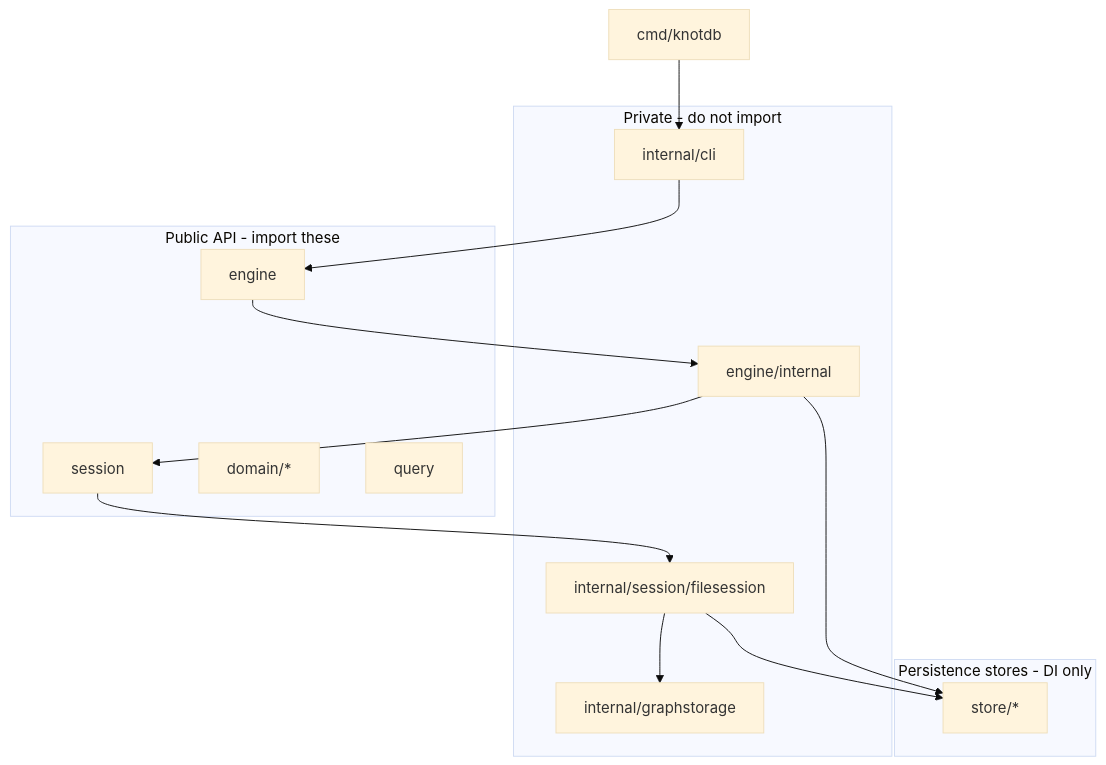
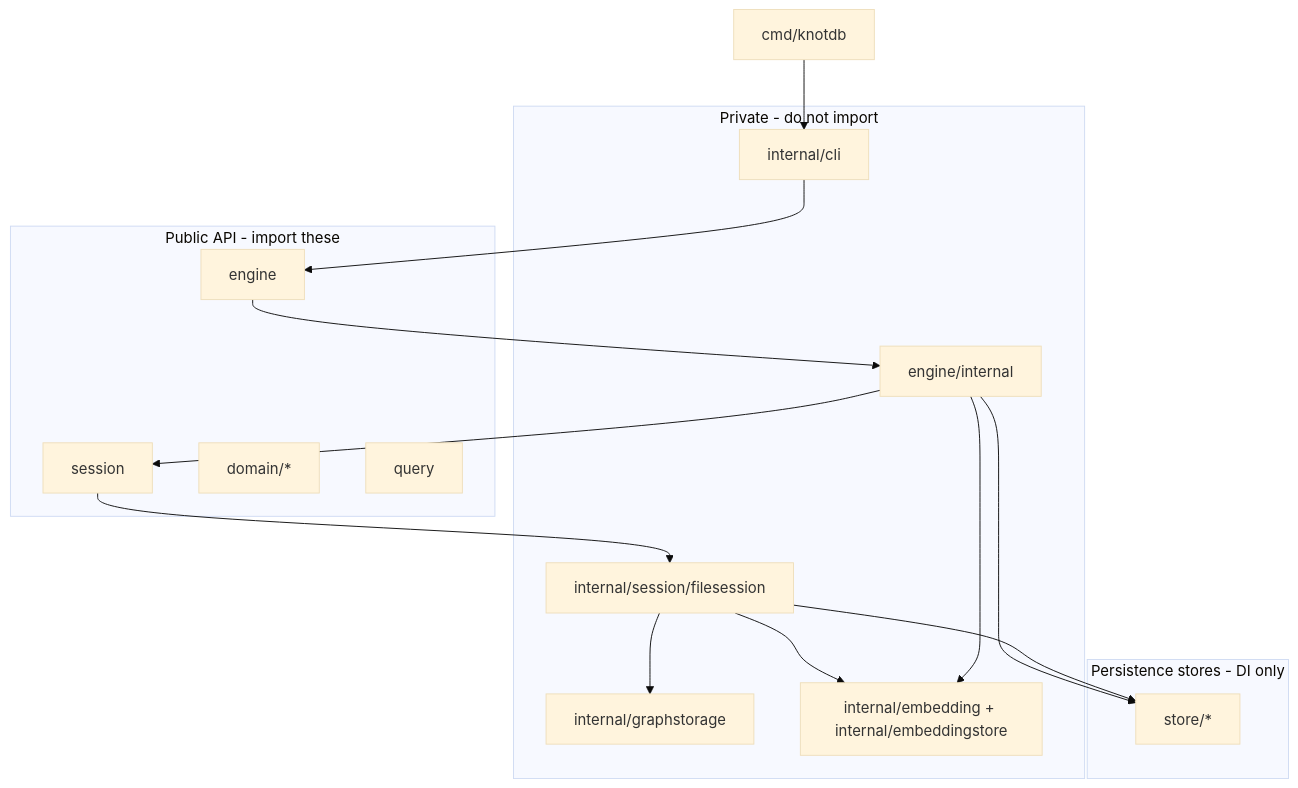
One commit to MycelDB/mycel changed the first of 2 diagrams in docs/architecture.md. Above: the diagram before and after it, drawn with Mermaid (base theme). The commit also changed other lines of this file and 24 other files, not shown here.

````diff
--- a/docs/architecture.md
+++ b/docs/architecture.md
@@ -7,28 +7,31 @@
 ```mermaid
 flowchart TB
   subgraph public [Public API - import these]
     enginePkg[engine]
     sessionPkg[session]
     domainPkg["domain/*"]
     queryPkg[query]
   end
 
   subgraph stores [Persistence stores - DI only]
     storePkg["store/*"]
   end
 
   subgraph private [Private - do not import]
     engineInternal[engine/internal]
     internalSession[internal/session/filesession]
     graphstorage[internal/graphstorage]
+    embeddingInternal[internal/embedding + internal/embeddingstore]
     cliInternal[internal/cli]
   end
 
   enginePkg --> engineInternal
   engineInternal --> storePkg
   engineInternal --> sessionPkg
   sessionPkg --> internalSession
   internalSession --> graphstorage
+  internalSession --> embeddingInternal
   internalSession --> storePkg
+  engineInternal --> embeddingInternal
   cmdKnotdb[cmd/knotdb] --> cliInternal --> enginePkg
 ```
````
